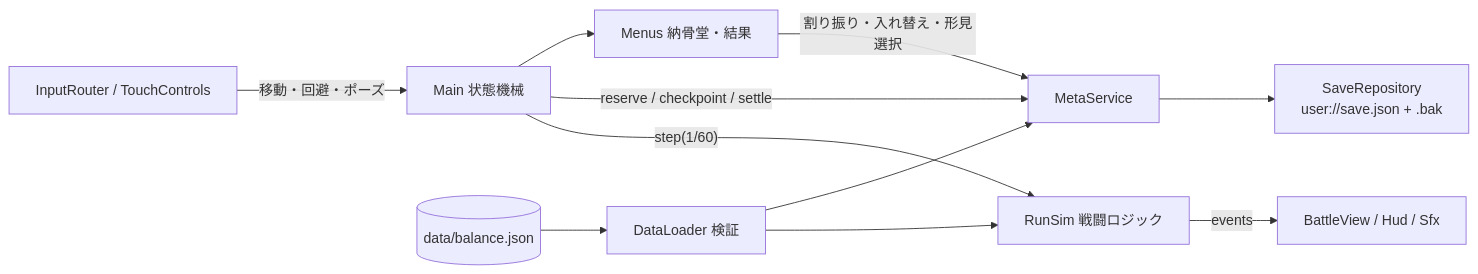
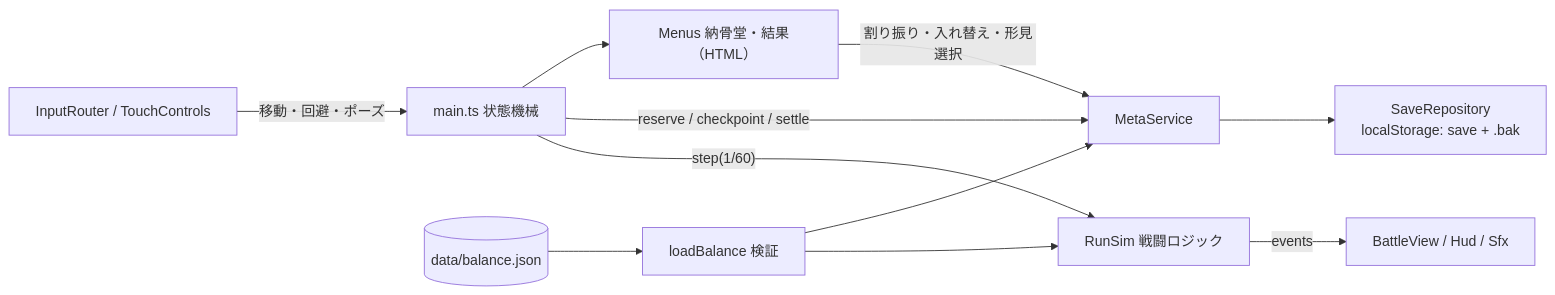
Before and after one commit to high-valley/Death_Legacy: the first of 2 diagrams in docs/architecture.md, drawn with Mermaid. The commit also changed other lines of this file and 79 other files, not shown here.

````diff
--- a/docs/architecture.md
+++ b/docs/architecture.md
@@ -3,11 +3,11 @@
 ```mermaid
 flowchart LR
-  IR[InputRouter / TouchControls] -- 移動・回避・ポーズ --> M[Main 状態機械]
+  IR[InputRouter / TouchControls] -- 移動・回避・ポーズ --> M[main.ts 状態機械]
   M -- step(1/60) --> RS[RunSim 戦闘ロジック]
   RS -- events --> V[BattleView / Hud / Sfx]
   M -- reserve / checkpoint / settle --> MS[MetaService]
-  MS --> SR[SaveRepository<br/>user://save.json + .bak]
-  M --> MN[Menus 納骨堂・結果]
+  MS --> SR[SaveRepository<br/>localStorage: save + .bak]
+  M --> MN[Menus 納骨堂・結果（HTML）]
   MN -- 割り振り・入れ替え・形見選択 --> MS
-  D[(data/balance.json)] --> DL[DataLoader 検証] --> RS & MS
+  D[(data/balance.json)] --> DL[loadBalance 検証] --> RS & MS
 ```
````
